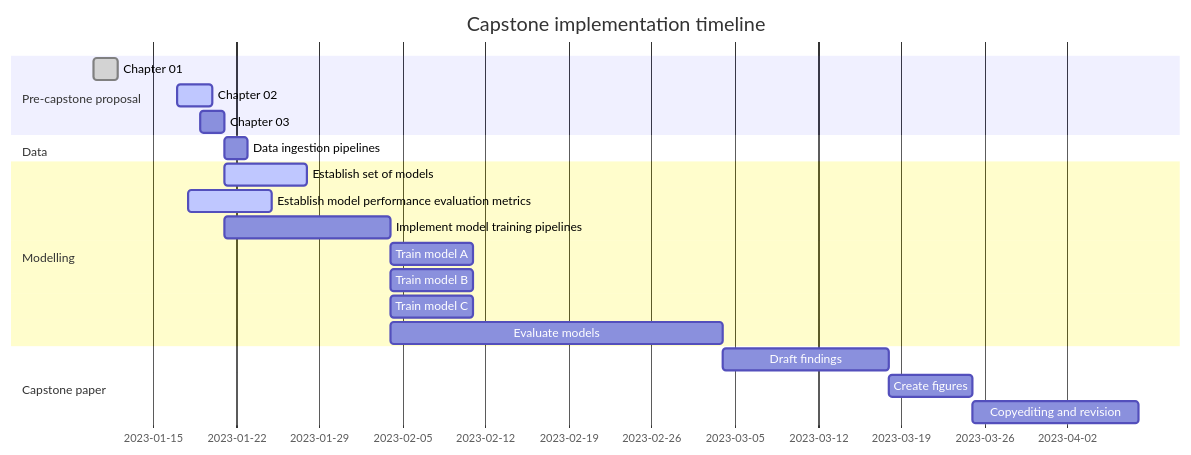
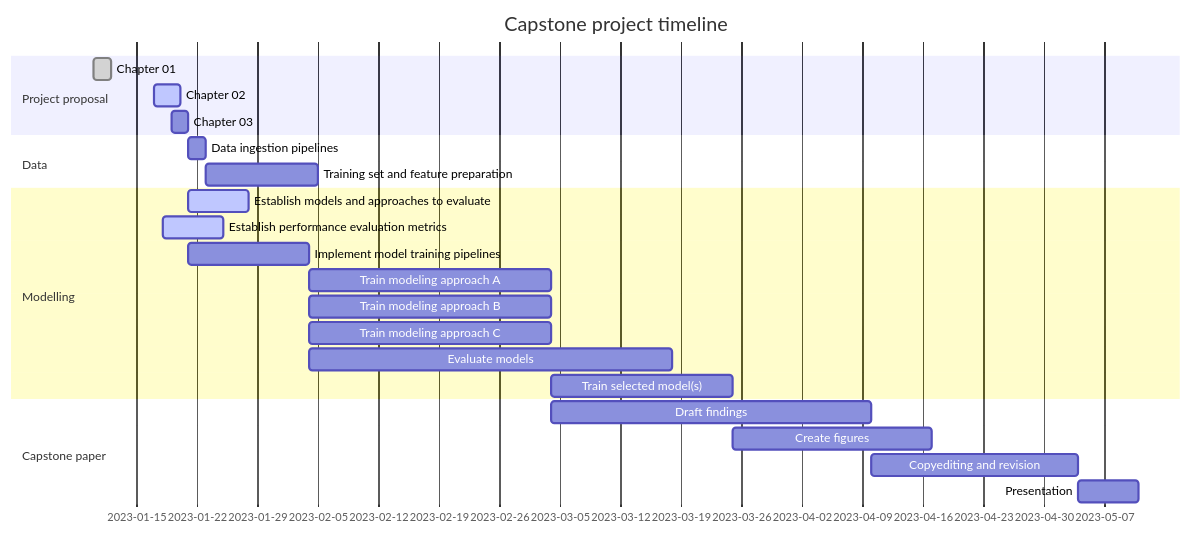
The second of 2 diagrams in docs/chapter_03.qmd (ewheeler/foresight), drawn with Mermaid before and after one commit.

Commit message:
update project timeline

````diff
--- a/docs/chapter_03.qmd
+++ b/docs/chapter_03.qmd
@@ -55,27 +55,31 @@
 ```{mermaid}
 gantt
     dateFormat  YYYY-MM-DD
-    title       Capstone implementation timeline
+    title      Capstone project timeline
 
-    section Pre-capstone proposal
+    section Project proposal
     Chapter 01            :done,    pre1, 2023-01-10,2023-01-12
     Chapter 02            :active,  pre2, 2023-01-17, 3d
     Chapter 03            :         pre3, 2023-01-19, 2d
 
     section Data
-    Data ingestion pipelines            :datapipe, after pre3, 2023-01-23
+    Data ingestion pipelines                :datapipe, after pre3, 2023-01-23
+    Training set and feature preparation    :after datapipe, 2023-02-05
+
 
     section Modelling
-    Establish set of models             :active, m1, after pre3, 1w
-    Establish model performance evaluation metrics :active, m2, after a1, 1w
-    Implement model training pipelines  :modpipe, after pre3  , 2w
-    Train model A                       :after modpipe, 1w
-    Train model B                       :after modpipe, 1w
-    Train model C                       :after modpipe, 1w
-    Evaluate models                     :eval, after modpipe, 4w
+    Establish models and approaches to evaluate     :active, m1, after pre3, 1w
+    Establish performance evaluation metrics        :active, m2, after a1, 1w
+    Implement model training pipelines              :modpipe, after pre3  , 2w
+    Train modeling approach A                       :train, after modpipe, 4w
+    Train modeling approach B                       :train, after modpipe, 4w
+    Train modeling approach C                       :train, after modpipe, 4w
+    Evaluate models                                 :eval, after modpipe, 6w
+    Train selected model(s)                         :model, after train, 3w
 
     section Capstone paper
-    Draft findings                      :draft, after eval, 2w
-    Create figures                      :figs, after draft, 1w
-    Copyediting and revision            :final, after figs, 2w
+    Draft findings                      :draft, after train, 2023-04-10
+    Create figures                      :figs, after model, 2023-04-17
+    Copyediting and revision            :final, after draft, 2023-05-04
+    Presentation                        :pres, after final, 2023-05-11
 ```
````
